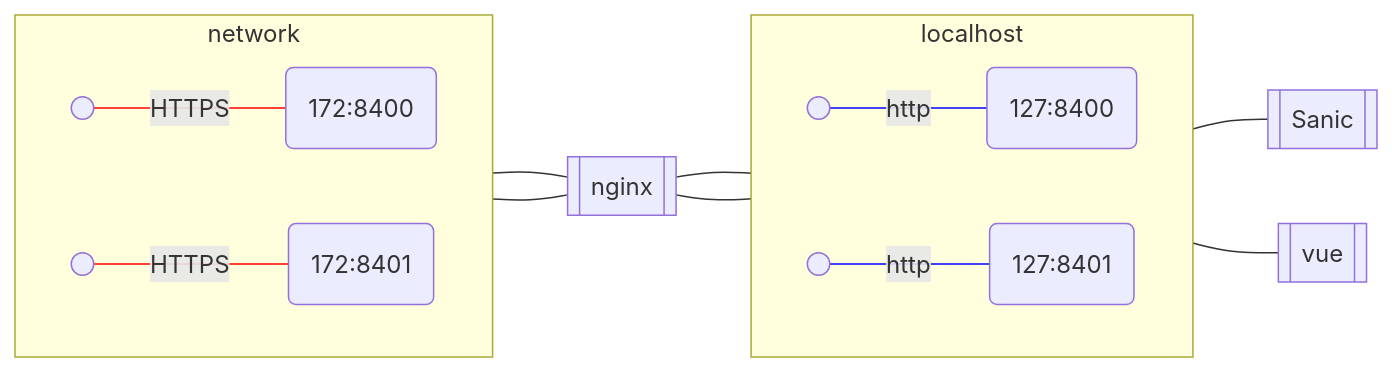
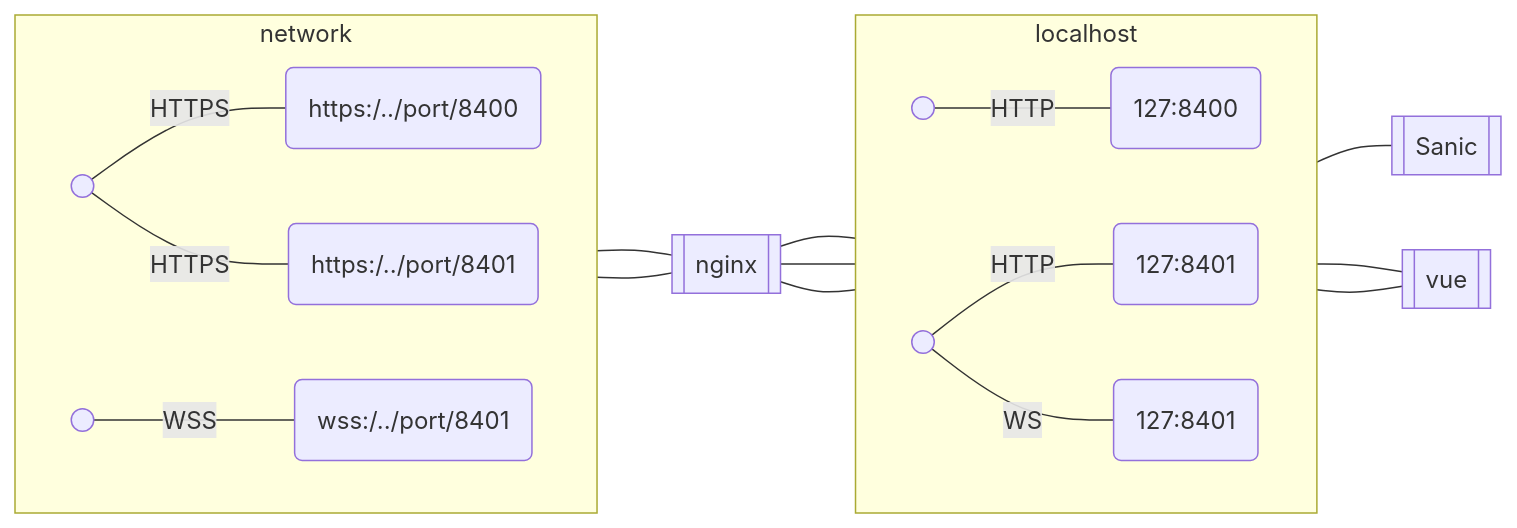
The second of 4 diagrams in natural4-server/natural4_server/nginx-proxy.md (smucclaw/gsheet), drawn with Mermaid before and after one commit. The commit also changed other lines of this file, not shown here.

Commit message:
Diagram 2

````diff
--- a/natural4-server/natural4_server/nginx-proxy.md
+++ b/natural4-server/natural4_server/nginx-proxy.md
@@ -33,27 +34,26 @@
 ```mermaid
 flowchart LR
     subgraph network
         direction LR
-        id1(( )) -- HTTPS --- network_port_8400(172:8400)
-        id2(( )) -- HTTPS --- network_port_8401(172:8401)
+        network_tls((  ))-- HTTPS ---network_https_8400(https:/../port/8400)
+        network_tls((  ))-- HTTPS ---network_https_8401(https:/../port/8401)
+        network_tls_((  ))-- WSS ---network_wss_8401(wss:/../port/8401)
     end
     nginx[[nginx]]
-    network_port_8400 --- nginx
-    network_port_8401 --- nginx
+    network_https_8400 --- nginx
+    network_https_8401 --- nginx
 
     subgraph localhost
         direction LR
-        id3(( )) -- http --- loop_port_8400(127:8400)
-        id4(( ))-- http --- loop_port_8401(127:8401)
+        loop_8400_port((  ))-- HTTP ---loop_http_8400(127:8400)
+        loop_8401_port((  ))-- HTTP ---loop_http_8401(127:8401)
+        loop_8401_port(( ))-- WS ---loop_ws_8401(127:8401)
     end
-    Sanic[[ Sanic ]]
-    loop_port_8400---Sanic
-    vue[[ vue ]]
-    loop_port_8401---vue
-    nginx---id3
-    nginx---id4
-    linkStyle 0 stroke:red;
-    linkStyle 1 stroke:red;
-    linkStyle 4 stroke:blue;
-    linkStyle 5 stroke:blue;
+    loop_http_8400---sanic[[ Sanic ]]
+    loop_http_8401---vue[[ vue ]]
+    loop_ws_8401---vue
+    nginx---loop_8400_port
+    nginx---loop_8401_port
+    nginx---loop_8401_port
+ 
 ```
````
